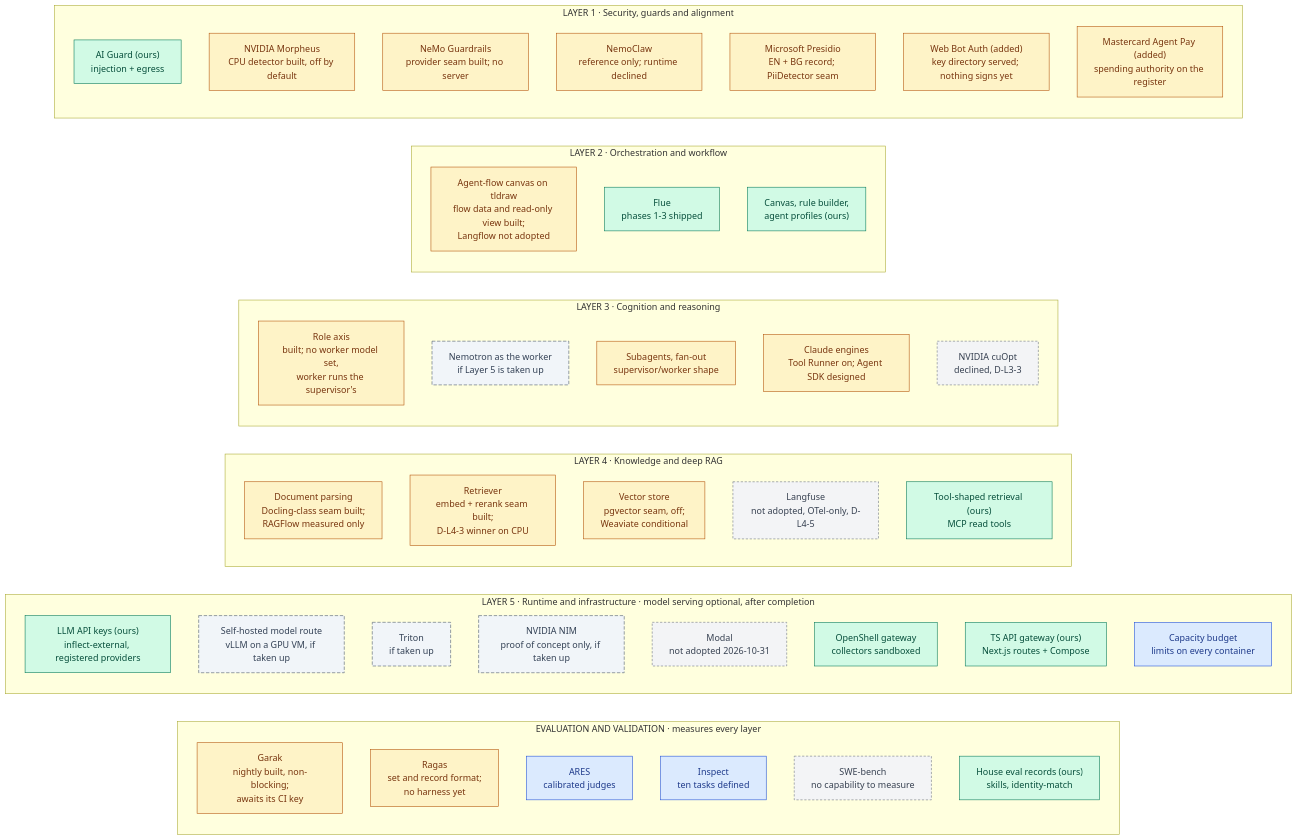
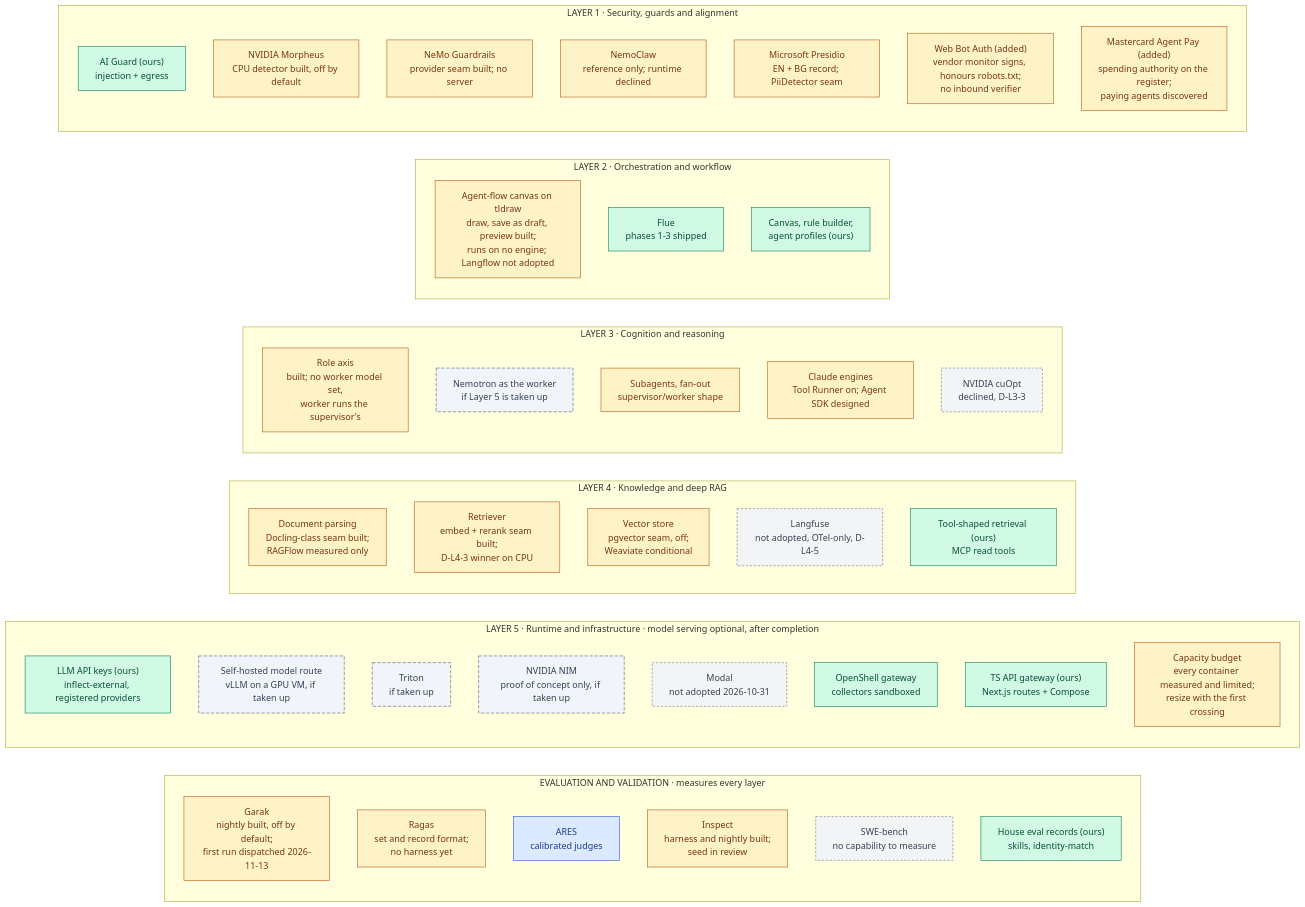
One commit to RodnaPamet/inflect-compliance changed the first of 5 diagrams in docs/ai-architecture-roadmap.md. Above: the diagram before and after it, drawn with Mermaid. The commit also changed other lines of this file, not shown here.

````diff
--- a/docs/ai-architecture-roadmap.md
+++ b/docs/ai-architecture-roadmap.md
@@ -62,66 +63,66 @@
 ```mermaid
 flowchart LR
   subgraph EV["EVALUATION AND VALIDATION · measures every layer"]
     direction TB
-    GA["Garak<br/>nightly built, non-blocking;<br/>awaits its CI key"]:::partial
+    GA["Garak<br/>nightly built, off by default;<br/>first run dispatched 2026-11-13"]:::partial
     RA["Ragas<br/>set and record format;<br/>no harness yet"]:::partial
     AR["ARES<br/>calibrated judges"]:::todo
-    IS["Inspect<br/>ten tasks defined"]:::todo
+    IS["Inspect<br/>harness and nightly built;<br/>seed in review"]:::partial
     SB["SWE-bench<br/>no capability to measure"]:::declined
     HR["House eval records (ours)<br/>skills, identity-match"]:::done
   end
 
   subgraph L5["LAYER 5 · Runtime and infrastructure · model serving optional, after completion"]
     direction TB
     API["LLM API keys (ours)<br/>inflect-external, registered providers"]:::done
     MD["Self-hosted model route<br/>vLLM on a GPU VM, if taken up"]:::optional
     TT["Triton<br/>if taken up"]:::optional
     NIM["NVIDIA NIM<br/>proof of concept only, if taken up"]:::optional
     MO5["Modal<br/>not adopted 2026-10-31"]:::declined
     OS["OpenShell gateway<br/>collectors sandboxed"]:::done
     GW["TS API gateway (ours)<br/>Next.js routes + Compose"]:::done
-    CAP["Capacity budget<br/>limits on every container"]:::todo
+    CAP["Capacity budget<br/>every container measured and limited;<br/>resize with the first crossing"]:::partial
   end
 
   subgraph L4["LAYER 4 · Knowledge and deep RAG"]
     direction TB
     RF["Document parsing<br/>Docling-class seam built;<br/>RAGFlow measured only"]:::partial
     RT["Retriever<br/>embed + rerank seam built;<br/>D-L4-3 winner on CPU"]:::partial
     WV["Vector store<br/>pgvector seam, off;<br/>Weaviate conditional"]:::partial
     LU["Langfuse<br/>not adopted, OTel-only, D-L4-5"]:::declined
     TR["Tool-shaped retrieval (ours)<br/>MCP read tools"]:::done
   end
 
   subgraph L3["LAYER 3 · Cognition and reasoning"]
     direction TB
     NR["Role axis<br/>built; no worker model set,<br/>worker runs the supervisor's"]:::partial
     NW["Nemotron as the worker<br/>if Layer 5 is taken up"]:::optional
     SW["Subagents, fan-out<br/>supervisor/worker shape"]:::partial
     CL["Claude engines<br/>Tool Runner on; Agent SDK designed"]:::partial
     CO["NVIDIA cuOpt<br/>declined, D-L3-3"]:::declined
   end
 
   subgraph L2["LAYER 2 · Orchestration and workflow"]
     direction TB
-    LF["Agent-flow canvas on tldraw<br/>flow data and read-only view built;<br/>Langflow not adopted"]:::partial
+    LF["Agent-flow canvas on tldraw<br/>draw, save as draft, preview built;<br/>runs on no engine; Langflow not adopted"]:::partial
     FL["Flue<br/>phases 1-3 shipped"]:::done
     CV["Canvas, rule builder,<br/>agent profiles (ours)"]:::done
   end
 
   subgraph L1["LAYER 1 · Security, guards and alignment"]
     direction TB
     AG["AI Guard (ours)<br/>injection + egress"]:::done
     MO["NVIDIA Morpheus<br/>CPU detector built, off by default"]:::partial
     NG["NeMo Guardrails<br/>provider seam built; no server"]:::partial
     NC["NemoClaw<br/>reference only; runtime declined"]:::partial
     PR["Microsoft Presidio<br/>EN + BG record; PiiDetector seam"]:::partial
-    WB["Web Bot Auth (added)<br/>key directory served; nothing signs yet"]:::partial
-    MA["Mastercard Agent Pay (added)<br/>spending authority on the register"]:::partial
+    WB["Web Bot Auth (added)<br/>vendor monitor signs, honours robots.txt;<br/>no inbound verifier"]:::partial
+    MA["Mastercard Agent Pay (added)<br/>spending authority on the register;<br/>paying agents discovered"]:::partial
   end
 
   classDef done fill:#d1fae5,stroke:#047857,color:#064e3b
   classDef partial fill:#fef3c7,stroke:#b45309,color:#78350f
   classDef todo fill:#dbeafe,stroke:#1d4ed8,color:#1e3a8a
   classDef optional fill:#f1f5f9,stroke:#475569,color:#334155,stroke-dasharray:6 3
   classDef declined fill:#f3f4f6,stroke:#6b7280,color:#374151,stroke-dasharray:4 3
 ```
````
